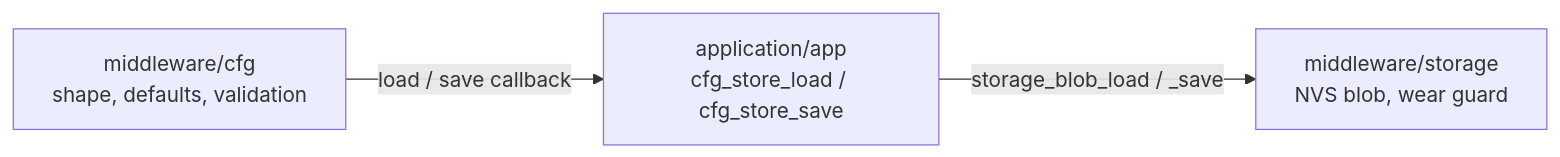
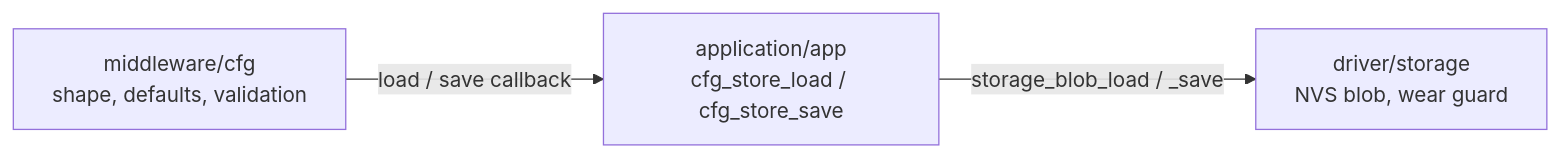
The diagram in docs/memory-ai/behavior/config-load-and-save.md (dtbao-embedded-dev/app-updater), drawn with Mermaid before and after one commit. The commit also changed other lines of this file and 24 other files, not shown here.

````diff
--- a/docs/memory-ai/behavior/config-load-and-save.md
+++ b/docs/memory-ai/behavior/config-load-and-save.md
@@ -19,9 +19,9 @@
 ```mermaid
 flowchart LR
     APP["application/app<br/>cfg_store_load / cfg_store_save"]
     CFG["middleware/cfg<br/>shape, defaults, validation"]
-    ST["middleware/storage<br/>NVS blob, wear guard"]
+    ST["driver/storage<br/>NVS blob, wear guard"]
 
     CFG -- "load / save callback" --> APP
     APP -- "storage_blob_load / _save" --> ST
 ```
````
